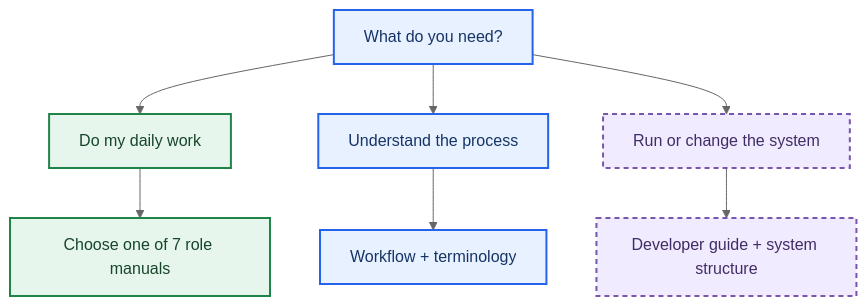
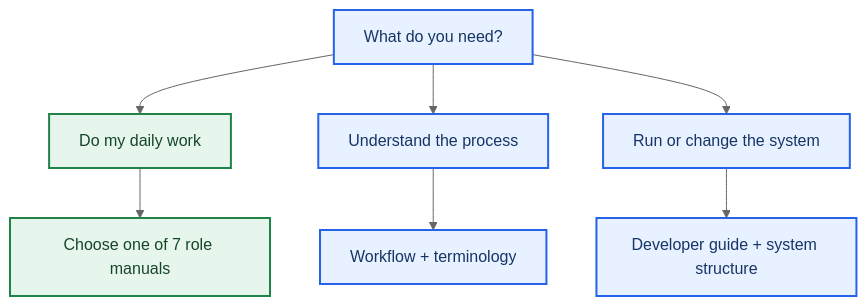
The first of 2 diagrams in docs/README.md (DanielVilla1/BM_Enterprises_Integration), drawn with Mermaid (neutral theme) before and after one commit. The commit also changed other lines of this file and 104 other files, not shown here.

````diff
--- a/docs/README.md
+++ b/docs/README.md
@@ -19,14 +21,14 @@
 ```mermaid
 flowchart TB
     accTitle: Find the right guide
     accDescr: Choose a role manual, a task guide, or the developer reference.
     start["What do you need?"]:::action --> work["Do my daily work"]:::done
     start --> understand["Understand the process"]:::action
-    start --> build["Run or change the system"]:::planned
+    start --> build["Run or change the system"]:::action
     work --> role["Choose one of 7 role manuals"]:::done
     understand --> workflow["Workflow + terminology"]:::action
-    build --> dev["Developer guide + system structure"]:::planned
+    build --> dev["Developer guide + system structure"]:::action
     classDef action fill:#e8f1ff,stroke:#2563eb,color:#163566,stroke-width:2px
     classDef done fill:#e7f6ec,stroke:#208448,color:#16452a,stroke-width:2px
     classDef planned fill:#f0ebff,stroke:#7856ad,color:#412c65,stroke-width:2px,stroke-dasharray:5 4
 ```
````
